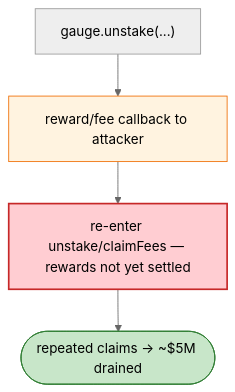
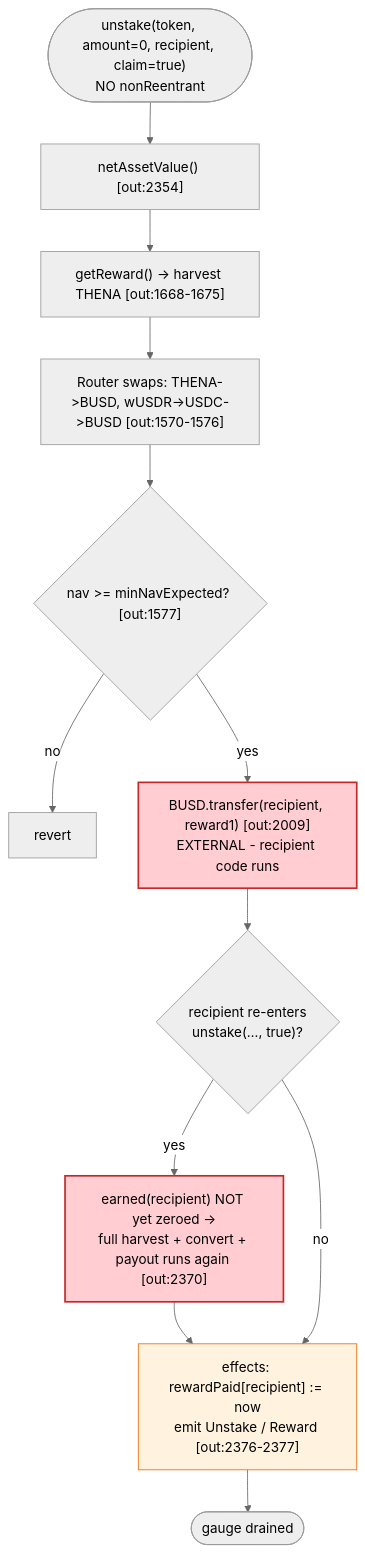
One commit to sanbir/evm-hack-registry changed the third of 3 diagrams in 2023-03-Thena_exp/Thena_exp.md. Above: the diagram before and after it, drawn with Mermaid (neutral theme). The commit also changed other lines of this file and 52 other files, not shown here.

````diff
--- a/2023-03-Thena_exp/Thena_exp.md
+++ b/2023-03-Thena_exp/Thena_exp.md
@@ -40,10 +402,18 @@
 ```mermaid
 flowchart TD
-    U["gauge.unstake(...)"] --> HK["reward/fee callback to attacker"]
-    HK --> RE["re-enter unstake/claimFees — rewards not yet settled"]
-    RE --> OUT(["repeated claims → ~$5M drained"])
+    Start(["unstake(token, amount=0, recipient, claim=true)<br/>NO nonReentrant"]) --> Nav["netAssetValue() [out:2354]"]
+    Nav --> Harvest["getReward() -> harvest THENA [out:1668-1675]"]
+    Harvest --> Swap["Router swaps: THENA->BUSD, wUSDR->USDC->BUSD [out:1570-1576]"]
+    Swap --> NavChk{"nav >= minNavExpected? [out:1577]"}
+    NavChk -- no --> Rev["revert"]
+    NavChk -- yes --> Pay1["BUSD.transfer(recipient, reward1) [out:2009]<br/>EXTERNAL - recipient code runs"]
+    Pay1 --> Reenter{"recipient re-enters<br/>unstake(…, true)?"}
+    Reenter -- yes --> Loop["earned(recipient) NOT yet zeroed -><br/>full harvest + convert + payout runs again [out:2370]"]
+    Loop --> Settle
+    Reenter -- no --> Settle["effects: rewardPaid[recipient] := now<br/>emit Unstake / Reward [out:2376-2377]"]
+    Settle --> Done(["gauge drained"])
 
-    style HK fill:#fff3e0,stroke:#ef6c00
-    style RE fill:#ffcdd2,stroke:#c62828,stroke-width:2px
-    style OUT fill:#c8e6c9,stroke:#2e7d32
+    style Pay1 fill:#ffcdd2,stroke:#c62828,stroke-width:2px
+    style Loop fill:#ffcdd2,stroke:#c62828,stroke-width:2px
+    style Settle fill:#fff3e0,stroke:#ef6c00
 ```
````
